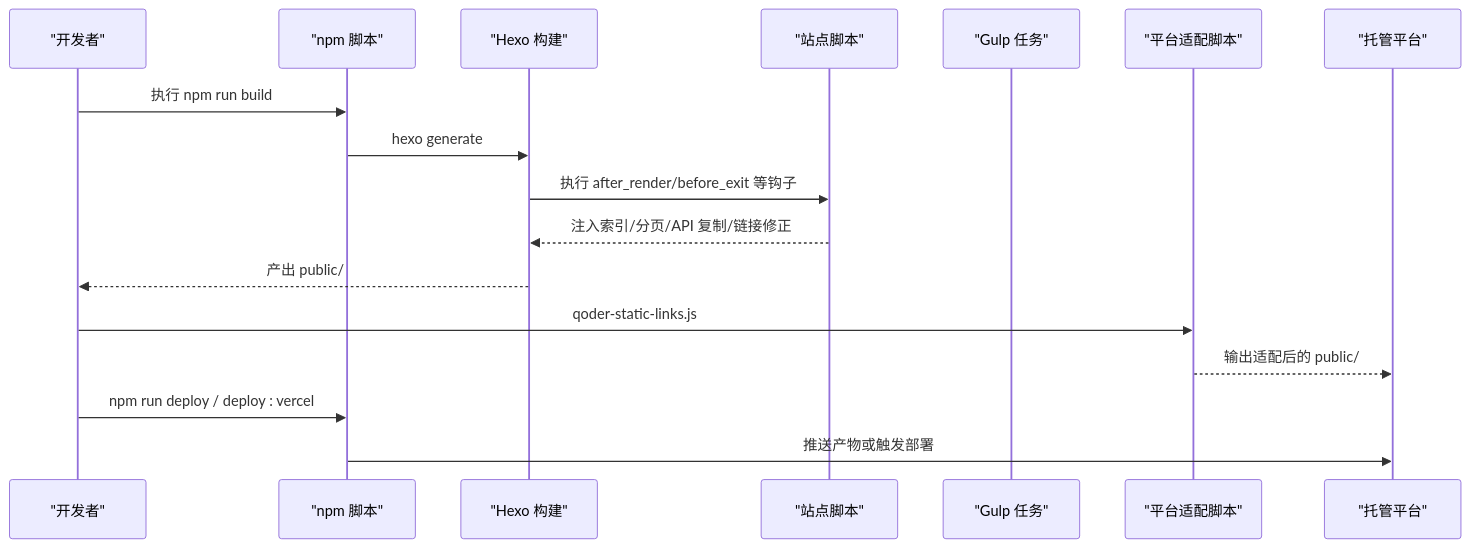
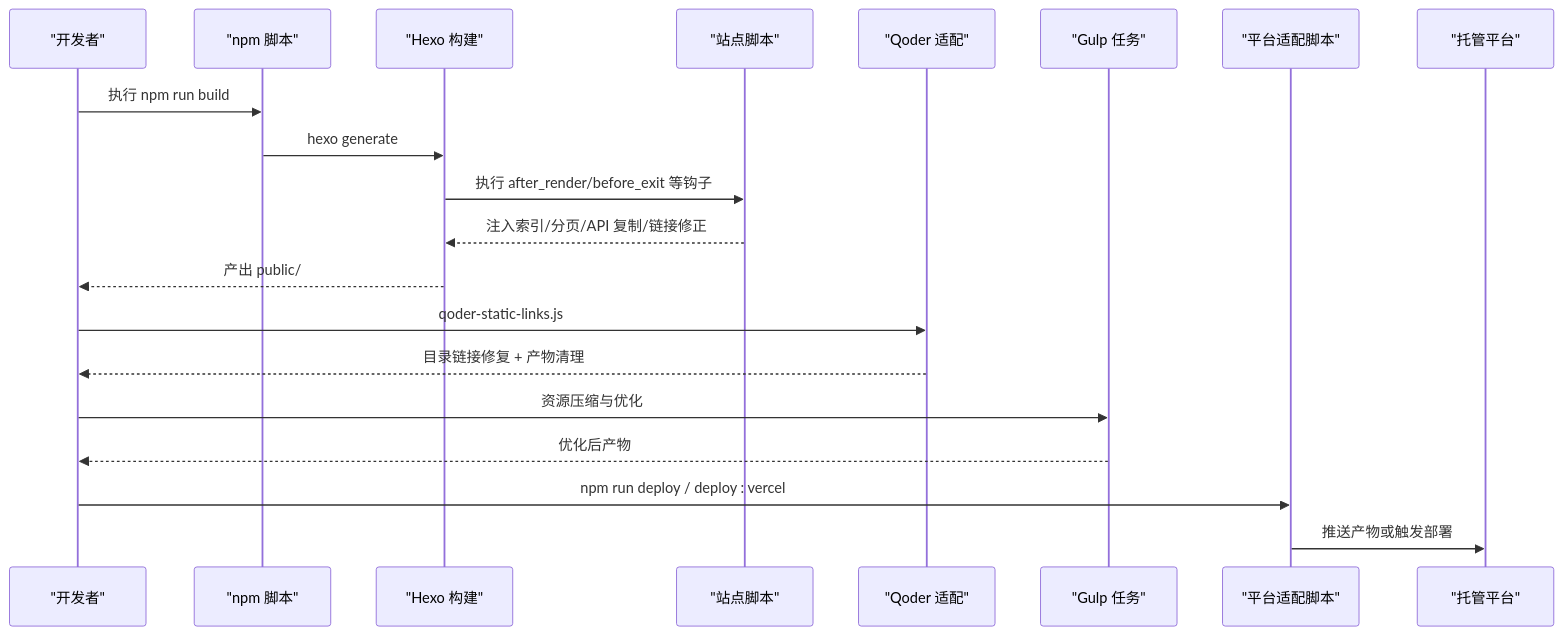
The second of 14 diagrams in .qoder/repowiki/zh/content/开发工具与脚本/开发工具与脚本.md (N1280851853/my_blog), drawn with Mermaid before and after one commit. The commit also changed other lines of this file and 8 other files, not shown here.

````diff
--- a/.qoder/repowiki/zh/content/开发工具与脚本/开发工具与脚本.md
+++ b/.qoder/repowiki/zh/content/开发工具与脚本/开发工具与脚本.md
@@ -94,19 +106,22 @@
 ```mermaid
 sequenceDiagram
 participant Dev as "开发者"
 participant NPM as "npm 脚本"
 participant Hexo as "Hexo 构建"
 participant Scripts as "站点脚本"
+participant Qoder as "Qoder 适配"
 participant Gulp as "Gulp 任务"
 participant Tools as "平台适配脚本"
 participant Platform as "托管平台"
 Dev->>NPM : 执行 npm run build
 NPM->>Hexo : hexo generate
 Hexo->>Scripts : 执行 after_render/before_exit 等钩子
 Scripts-->>Hexo : 注入索引/分页/API 复制/链接修正
 Hexo-->>Dev : 产出 public/
-Dev->>Tools : qoder-static-links.js
-Tools-->>Platform : 输出适配后的 public/
-Dev->>NPM : npm run deploy / deploy : vercel
-NPM->>Platform : 推送产物或触发部署
+Dev->>Qoder : qoder-static-links.js
+Qoder-->>Dev : 目录链接修复 + 产物清理
+Dev->>Gulp : 资源压缩与优化
+Gulp-->>Dev : 优化后产物
+Dev->>Tools : npm run deploy / deploy : vercel
+Tools->>Platform : 推送产物或触发部署
 ```
````
